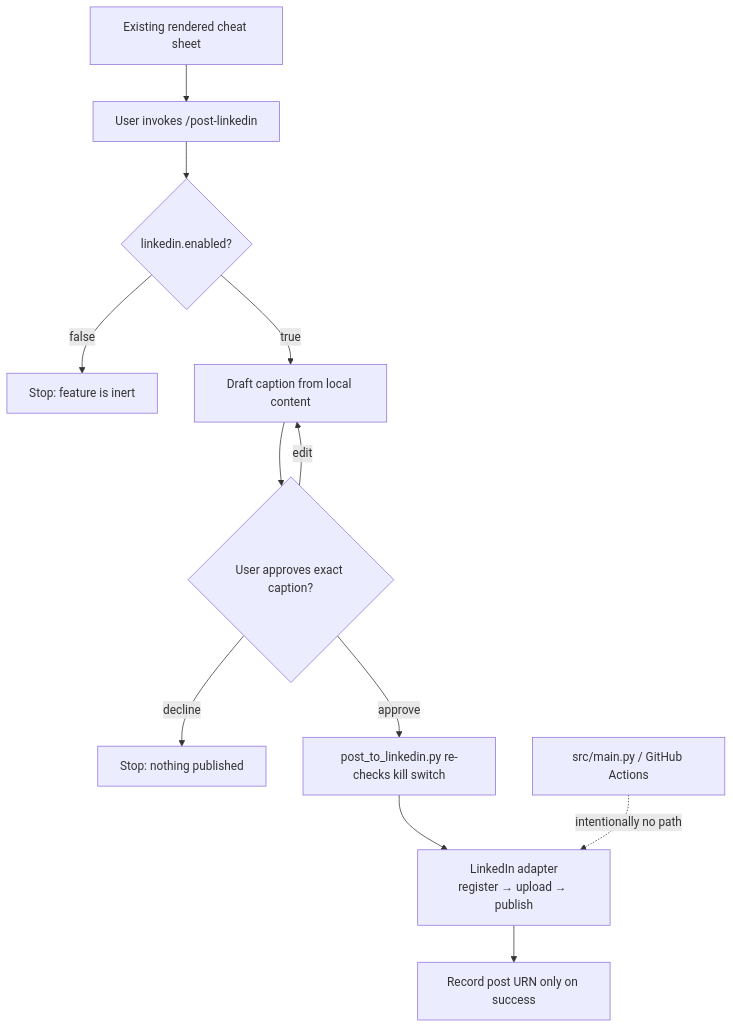
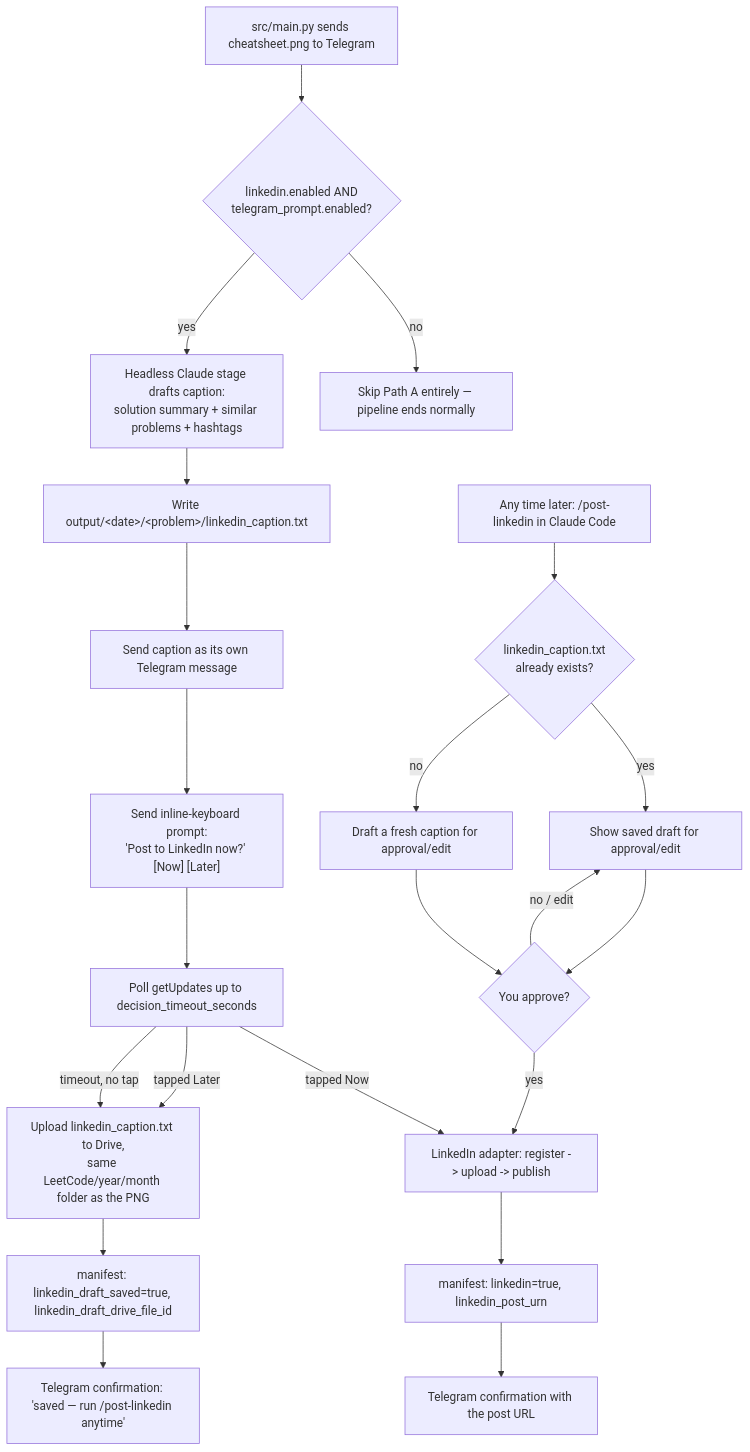
One commit to amfooladgar/leetcode-daily-cheatsheet changed the diagram in docs/LINKEDIN_POSTING_SETUP.md. Above: the diagram before and after it, drawn with Mermaid. The commit also changed other lines of this file, not shown here.

Commit message:
updated the linkedin post

````diff
--- a/docs/LINKEDIN_POSTING_SETUP.md
+++ b/docs/LINKEDIN_POSTING_SETUP.md
@@ -47,15 +39,25 @@
 ```mermaid
 flowchart TD
-    rendered["Existing rendered cheat sheet"] --> invoke["User invokes /post-linkedin"]
-    invoke --> enabled{"linkedin.enabled?"}
-    enabled -->|false| stopDisabled["Stop: feature is inert"]
-    enabled -->|true| draft["Draft caption from local content"]
-    draft --> review{"User approves exact caption?"}
-    review -->|edit| draft
-    review -->|decline| stopDeclined["Stop: nothing published"]
-    review -->|approve| cli["post_to_linkedin.py re-checks kill switch"]
-    cli --> adapter["LinkedIn adapter<br/>register → upload → publish"]
-    adapter --> manifest["Record post URN only on success"]
+    photo["src/main.py sends cheatsheet.png to Telegram"] --> gate{"linkedin.enabled AND\ntelegram_prompt.enabled?"}
+    gate -->|no| skip["Skip Path A entirely — pipeline ends normally"]
+    gate -->|yes| draft["Headless Claude stage drafts caption:\nsolution summary + similar problems + hashtags"]
+    draft --> save["Write output/&lt;date&gt;/&lt;problem&gt;/linkedin_caption.txt"]
+    save --> capMsg["Send caption as its own Telegram message"]
+    capMsg --> prompt["Send inline-keyboard prompt:\n'Post to LinkedIn now?' [Now] [Later]"]
+    prompt --> poll["Poll getUpdates up to decision_timeout_seconds"]
+    poll -->|tapped Now| post["LinkedIn adapter: register -> upload -> publish"]
+    poll -->|tapped Later| toDrive["Upload linkedin_caption.txt to Drive,\nsame LeetCode/year/month folder as the PNG"]
+    poll -->|timeout, no tap| toDrive
+    post --> manifestNow["manifest: linkedin=true, linkedin_post_urn"]
+    toDrive --> manifestLater["manifest: linkedin_draft_saved=true, linkedin_draft_drive_file_id"]
+    manifestNow --> confirm1["Telegram confirmation with the post URL"]
+    manifestLater --> confirm2["Telegram confirmation: 'saved — run /post-linkedin anytime'"]
 
-    unattended["src/main.py / GitHub Actions"] -. "intentionally no path" .-> adapter
+    later2["Any time later: /post-linkedin in Claude Code"] --> findDraft{"linkedin_caption.txt\nalready exists?"}
+    findDraft -->|yes| showExisting["Show saved draft for approval/edit"]
+    findDraft -->|no| draftFresh["Draft a fresh caption for approval/edit"]
+    showExisting --> approve{"You approve?"}
+    draftFresh --> approve
+    approve -->|yes| post
+    approve -->|no / edit| showExisting
 ```
````
